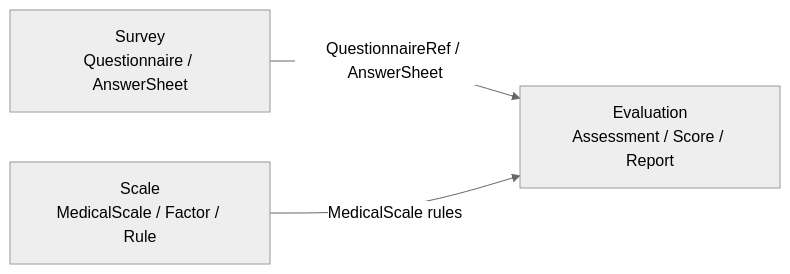
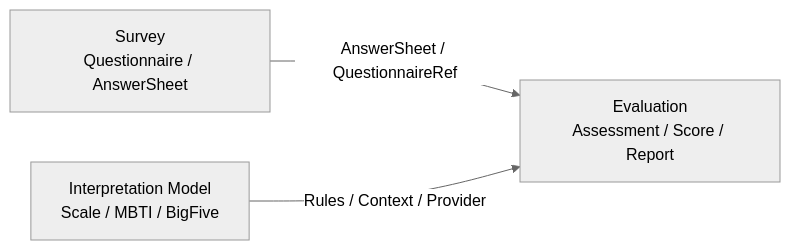
Before and after one commit to FangcunMount/qs-server: the first of 2 diagrams in docs/02-业务模块/scale/READM.md, drawn with Mermaid (neutral theme). The commit also changed other lines of this file and 27 other files, not shown here.

````diff
--- a/docs/02-业务模块/scale/READM.md
+++ b/docs/02-业务模块/scale/READM.md
@@ -63,9 +74,9 @@
 ```mermaid
 flowchart LR
     Survey[Survey\nQuestionnaire / AnswerSheet]
-    Scale[Scale\nMedicalScale / Factor / Rule]
-    Evaluation[Evaluation\nAssessment / Score / Report]
+    Model[Interpretation Model\nScale / MBTI / BigFive]
+    Eval[Evaluation\nAssessment / Score / Report]
 
-    Survey -->|QuestionnaireRef / AnswerSheet| Evaluation
-    Scale -->|MedicalScale rules| Evaluation
+    Survey -->|AnswerSheet / QuestionnaireRef| Eval
+    Model -->|Rules / Context / Provider| Eval
 ```
````
